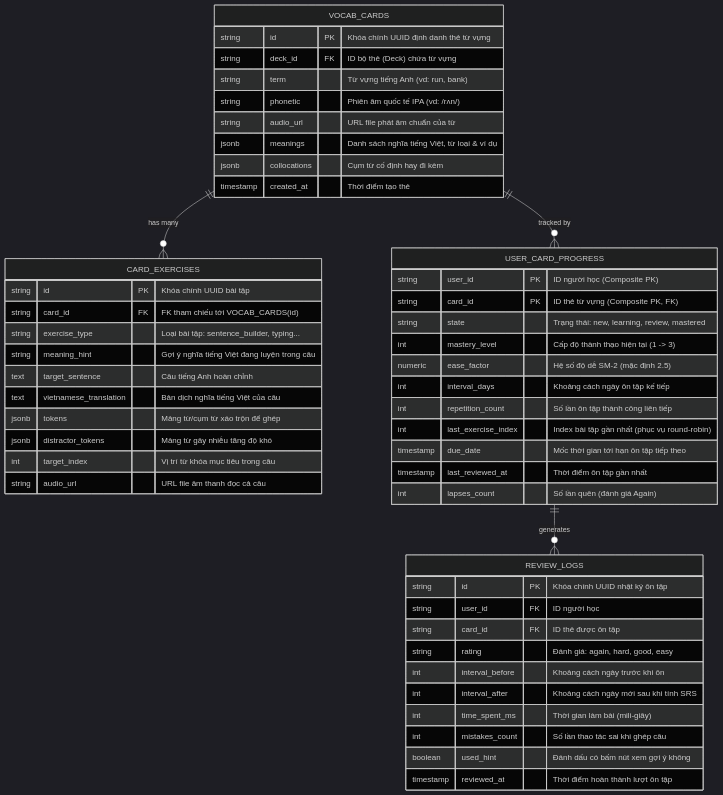
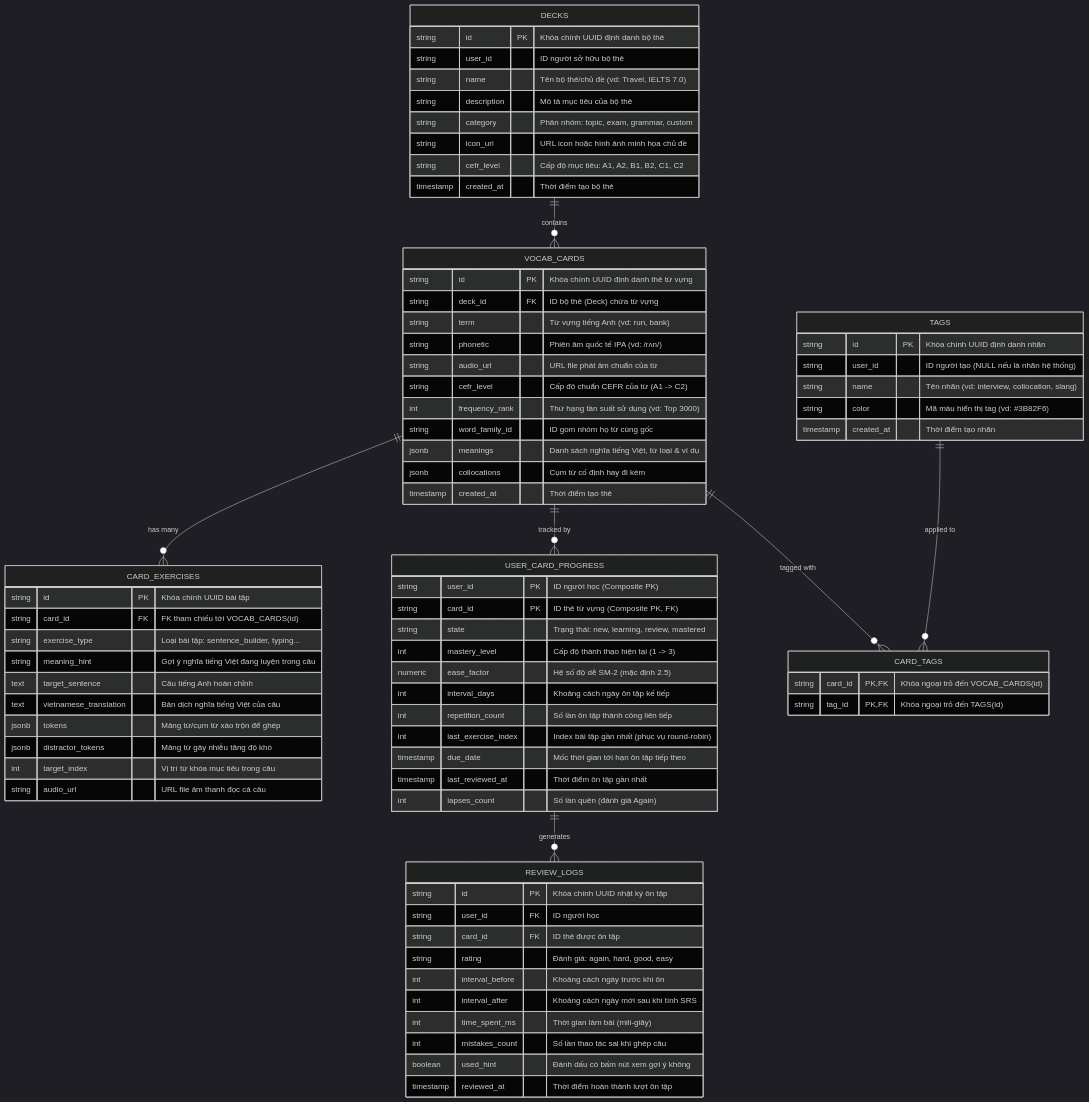
Before and after one commit to thang2k6adu/sync-flow-backend: the first of 4 diagrams in docs/vocabulary-module/design.md, drawn with Mermaid. The commit also changed other lines of this file and 23 other files, not shown here.

````diff
--- a/docs/vocabulary-module/design.md
+++ b/docs/vocabulary-module/design.md
@@ -5,9 +5,36 @@
 ```mermaid
 %%{init: {'theme': 'dark'}}%%
 erDiagram
+    DECKS ||--o{ VOCAB_CARDS : "contains"
     VOCAB_CARDS ||--o{ CARD_EXERCISES : "has many"
     VOCAB_CARDS ||--o{ USER_CARD_PROGRESS : "tracked by"
     USER_CARD_PROGRESS ||--o{ REVIEW_LOGS : "generates"
+    VOCAB_CARDS ||--o{ CARD_TAGS : "tagged with"
+    TAGS ||--o{ CARD_TAGS : "applied to"
+
+    DECKS {
+        string id PK "Khóa chính UUID định danh bộ thẻ"
+        string user_id "ID người sở hữu bộ thẻ"
+        string name "Tên bộ thẻ/chủ đề (vd: Travel, IELTS 7.0)"
+        string description "Mô tả mục tiêu của bộ thẻ"
+        string category "Phân nhóm: topic, exam, grammar, custom"
+        string icon_url "URL icon hoặc hình ảnh minh họa chủ đề"
+        string cefr_level "Cấp độ mục tiêu: A1, A2, B1, B2, C1, C2"
+        timestamp created_at "Thời điểm tạo bộ thẻ"
+    }
+
+    TAGS {
+        string id PK "Khóa chính UUID định danh nhãn"
+        string user_id "ID người tạo (NULL nếu là nhãn hệ thống)"
+        string name "Tên nhãn (vd: interview, collocation, slang)"
+        string color "Mã màu hiển thị tag (vd: #3B82F6)"
+        timestamp created_at "Thời điểm tạo nhãn"
+    }
+
+    CARD_TAGS {
+        string card_id PK, FK "Khóa ngoại trỏ đến VOCAB_CARDS(id)"
+        string tag_id PK, FK "Khóa ngoại trỏ đến TAGS(id)"
+    }
 
     VOCAB_CARDS {
         string id PK "Khóa chính UUID định danh thẻ từ vựng"
@@ -15,6 +42,9 @@
         string term "Từ vựng tiếng Anh (vd: run, bank)"
         string phonetic "Phiên âm quốc tế IPA (vd: /rʌn/)"
         string audio_url "URL file phát âm chuẩn của từ"
+        string cefr_level "Cấp độ chuẩn CEFR của từ (A1 -> C2)"
+        int frequency_rank "Thứ hạng tần suất sử dụng (vd: Top 3000)"
+        string word_family_id "ID gom nhóm họ từ cùng gốc"
         jsonb meanings "Danh sách nghĩa tiếng Việt, từ loại & ví dụ"
         jsonb collocations "Cụm từ cố định hay đi kèm"
         timestamp created_at "Thời điểm tạo thẻ"
````
